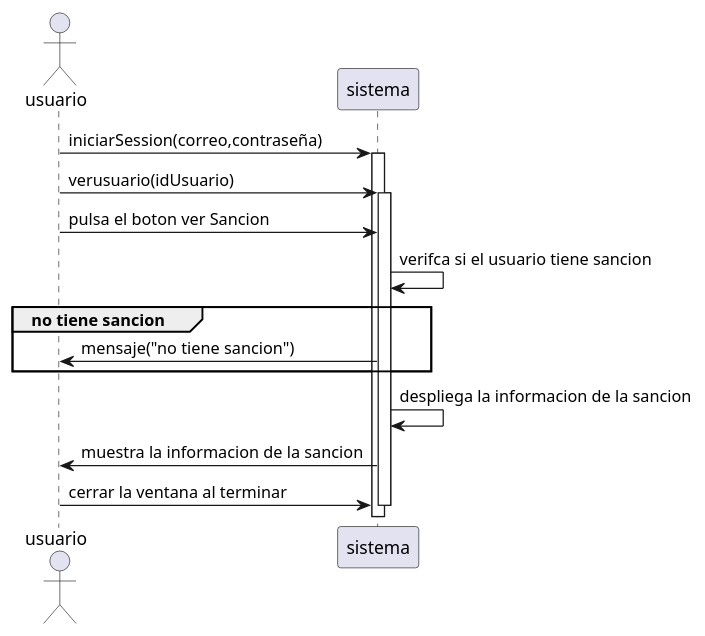
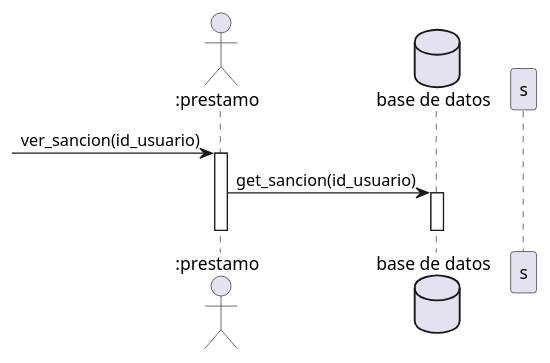
One commit to RubenE107/diagramas-de-dise-o-uml changed the diagram in Interacion3/Versancion.puml. Above: the diagram before and after it, drawn with PlantUML. The commit also changed 1 other file, not shown here.

Commit message:
ver snsion correcion

```diff
--- a/Interacion3/Versancion.puml
+++ b/Interacion3/Versancion.puml
@@ -1,22 +1,29 @@
 @startuml
 
-actor "usuario" as u
-participant "sistema" as s
+actor ":prestamo" as p
+database "base de datos" as db
 
-u -> s:iniciarSession(correo,contraseña)
-activate s
-u -> s:verusuario(idUsuario)
-activate s
-u -> s:pulsa el boton ver Sancion
-s -> s:verifca si el usuario tiene sancion
-group no tiene sancion
-s -> u: mensaje("no tiene sancion")
-end
-s->s: despliega la informacion de la sancion
-s -> u: muestra la informacion de la sancion
-u -> s:cerrar la ventana al terminar
+->p:ver_sancion(id_usuario)
+activate p
+p->db:get_sancion(id_usuario)
+activate db
+deactivate db
+
+deactivate p
+' u -> s:iniciarSession(correo,contraseña)
+' activate s
+' u -> s:verusuario(idUsuario)
+' activate s
+' u -> s:pulsa el boton ver Sancion
+' s -> s:verifca si el usuario tiene sancion
+' group no tiene sancion
+' s -> u: mensaje("no tiene sancion")
+' end
+' s->s: despliega la informacion de la sancion
+' s -> u: muestra la informacion de la sancion
+' u -> s:cerrar la ventana al terminar
 
 
 deactivate s
 
 @enduml
```
